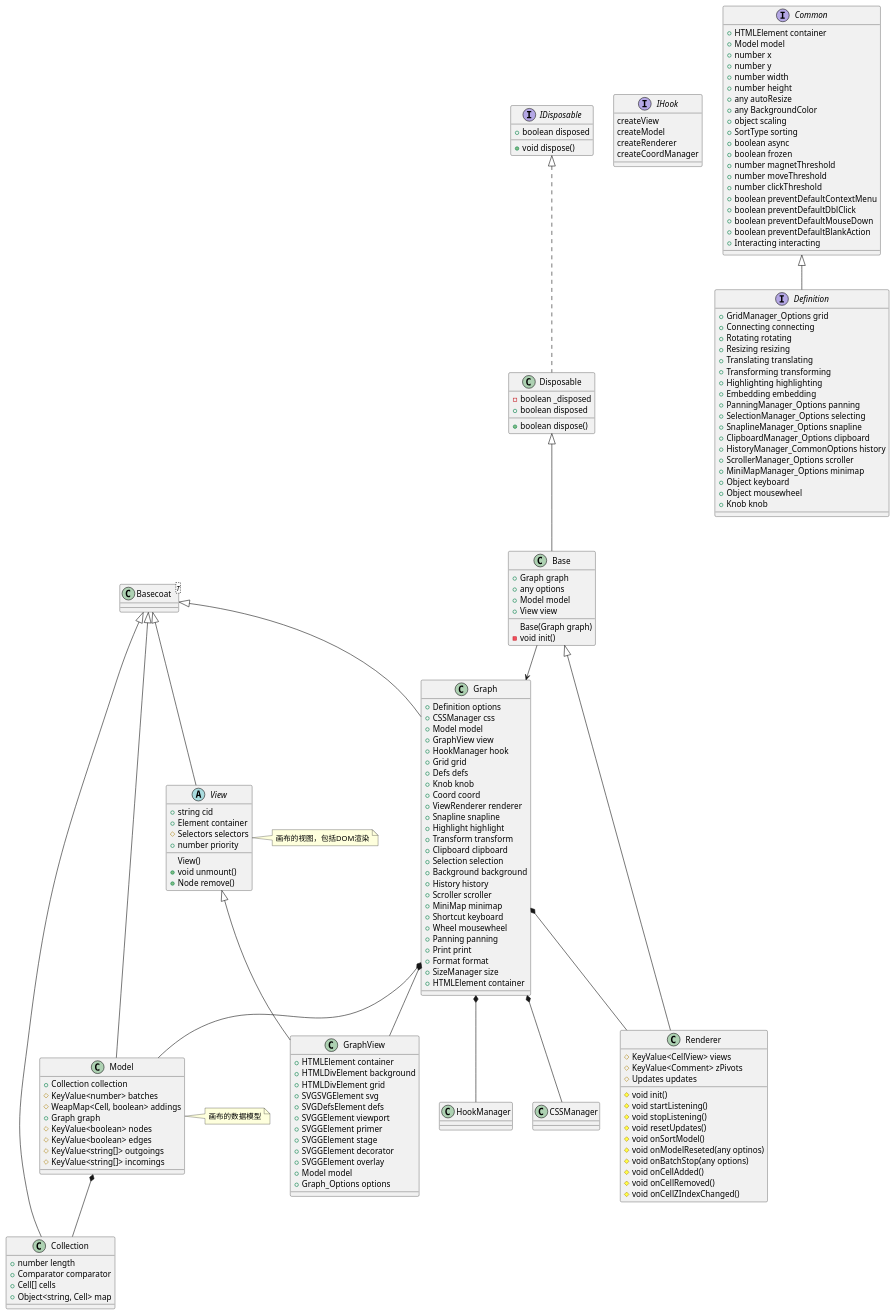
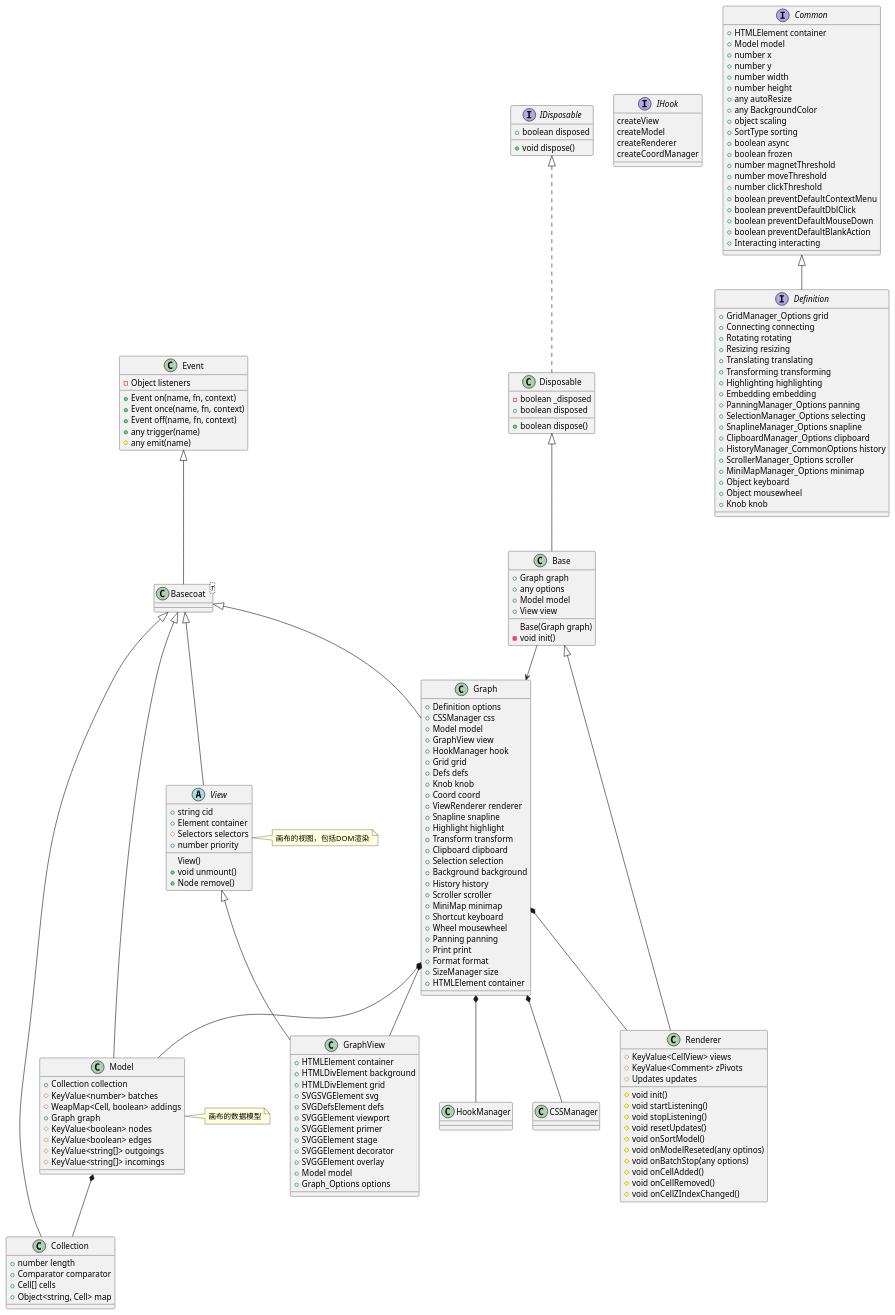
Before and after one commit to TigerWFH/webapp: the first of 2 diagrams in src/pages/x6/x6.wsd, drawn with PlantUML. The commit also changed 7 other files, not shown here.

```diff
--- a/src/pages/x6/x6.wsd
+++ b/src/pages/x6/x6.wsd
@@ -1,181 +1,192 @@
 @startuml X6p基础信息
 interface IDisposable {
     +  boolean disposed
     + void dispose()
 }
 class Disposable {
     - boolean _disposed
     + boolean disposed
     + boolean dispose()
 }
 class Base {
     +  Graph graph
     ' 返回graph.options
     + any options
     ' 返回graph.model
     + Model model
     ' 返回graph.view
     + View view
     Base(Graph graph)
     - void init()
     
 }
 class Renderer {
     # KeyValue<CellView> views
     # KeyValue<Comment> zPivots
     # Updates updates
     # void init()
     # void startListening()
     # void stopListening()
     # void resetUpdates()
     # void onSortModel()
     # void onModelReseted(any optinos)
     # void onBatchStop(any options)
     # void onCellAdded()
     # void onCellRemoved()
     # void onCellZIndexChanged()
 }
 
 interface IHook {
     createView
     createModel
     createRenderer
     createCoordManager
 }
+
+class Event {
+    - Object listeners
+    + Event on(name, fn, context)
+    + Event once(name, fn, context)
+    + Event off(name, fn, context)
+    + any trigger(name)
+    # any emit(name)
+}
+
+Event <|-- Basecoat
 
 class Basecoat<T> {}
 Basecoat <|-- Collection
 class Collection {
     + number length
     + Comparator comparator
     + Cell[] cells
     + Object<string, Cell> map
 }
 Basecoat <|-- Model
 Model *-- Collection
 class Model {
     +  Collection collection
     #  KeyValue<number> batches
     #  WeapMap<Cell, boolean> addings
     + Graph graph
     # KeyValue<boolean> nodes
     # KeyValue<boolean> edges
     # KeyValue<string[]> outgoings
     # KeyValue<string[]> incomings
 }
 note right of Model: 画布的数据模型
 
 interface Common {
     + HTMLElement container
     + Model model
     + number x
     + number y
     + number width
     + number height
     + any autoResize
     + any BackgroundColor
     + object scaling
     + SortType sorting
     + boolean async
     + boolean frozen
     + number magnetThreshold
     + number moveThreshold
     + number clickThreshold
     + boolean preventDefaultContextMenu
     + boolean preventDefaultDblClick
     + boolean preventDefaultMouseDown
     + boolean preventDefaultBlankAction
     + Interacting interacting
 }
 Common <|-- Definition
 interface  Definition {
     + GridManager_Options grid
     + Connecting connecting
     + Rotating rotating
     + Resizing resizing
     + Translating translating
     + Transforming transforming
     + Highlighting highlighting
     + Embedding embedding
     + PanningManager_Options panning
     + SelectionManager_Options selecting
     + SnaplineManager_Options snapline
     + ClipboardManager_Options clipboard
     + HistoryManager_CommonOptions history
     + ScrollerManager_Options scroller
     + MiniMapManager_Options minimap
     + Object keyboard
     + Object mousewheel
     + Knob knob 
 }
 Basecoat <|-- View
 abstract class View {
     +  string cid
     + Element container
     # Selectors selectors
     + number priority
     View()
     + void unmount()
     + Node remove()
 }
 note right of View: 画布的视图，包括DOM渲染
 View <|-- GraphView
 class GraphView {
     + HTMLElement container
     + HTMLDivElement background
     + HTMLDivElement grid
     + SVGSVGElement svg
     + SVGDefsElement defs
     + SVGGElement viewport
     + SVGGElement primer
     + SVGGElement stage
     + SVGGElement decorator
     + SVGGElement overlay
     + Model model
     + Graph_Options options
 }
 
 Basecoat <|-- Graph
 Graph *-- CSSManager
 Graph *-- HookManager
 Graph *-- Model
 Graph *-- GraphView
 Graph *-- Renderer
 ' Graph *-- DefsManager
 ' Graph *-- GridManager
 ' Graph *-- CoordManager
 ' Graph *-- KnobManager
 class Graph {
     + Definition options
     + CSSManager css
     ' 以下都是hook创建的实例
     + Model model
     + GraphView view
     + HookManager hook
     + Grid grid
     + Defs defs
     + Knob knob
     + Coord coord
     + ViewRenderer renderer
     + Snapline snapline
     + Highlight highlight
     + Transform transform
     + Clipboard clipboard
     + Selection selection
     + Background background
     + History history
     + Scroller scroller
     + MiniMap minimap
     + Shortcut keyboard
     + Wheel mousewheel
     + Panning panning
     + Print print
     + Format format
     + SizeManager size
     + HTMLElement container
 }
 IDisposable <|.. Disposable
 Disposable <|-- Base
 Base <|-- Renderer
 Base --> Graph
 @enduml
```
